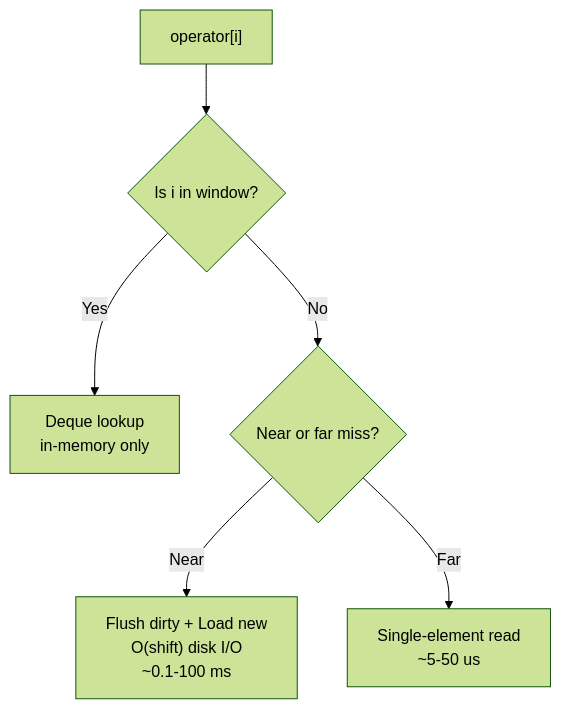
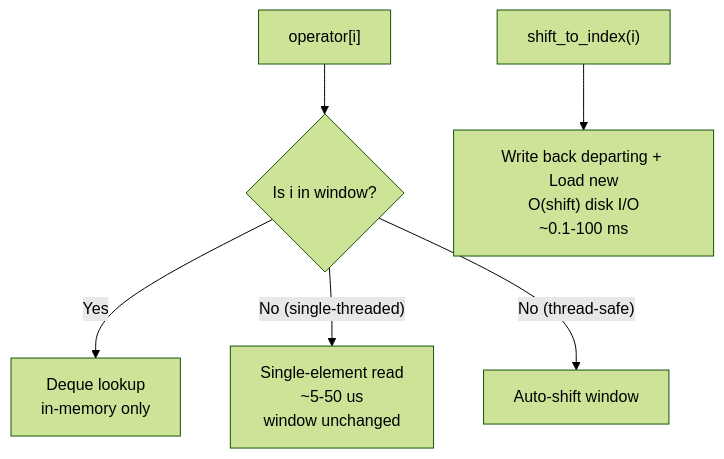
One commit to schroedermatthew/FatP changed the first of 2 diagrams in components/SlidingFileWindow/docs/User Manual - SlidingFileWindow.md. Above: the diagram before and after it, drawn with Mermaid (forest theme). The commit also changed other lines of this file and 103 other files, not shown here.

````diff
--- a/components/SlidingFileWindow/docs/User Manual - SlidingFileWindow.md
+++ b/components/SlidingFileWindow/docs/User Manual - SlidingFileWindow.md
@@ -84,8 +84,8 @@
 ```mermaid
 flowchart TD
     Access["operator[i]"] --> Check{"Is i in window?"}
     Check -->|"Yes"| InWindow["Deque lookup<br/>in-memory only"]
-    Check -->|"No"| ShiftCheck{"Near or far miss?"}
-    ShiftCheck -->|"Near"| Shift["Flush dirty + Load new<br/>O(shift) disk I/O<br/>~0.1-100 ms"]
-    ShiftCheck -->|"Far"| Direct["Single-element read<br/>~5-50 us"]
+    Check -->|"No (single-threaded)"| Direct["Single-element read<br/>~5-50 us<br/>window unchanged"]
+    Check -->|"No (thread-safe)"| Shift["Auto-shift window"]
+    Explicit["shift_to_index(i)"] --> Shift2["Write back departing + Load new<br/>O(shift) disk I/O<br/>~0.1-100 ms"]
 ```
````
